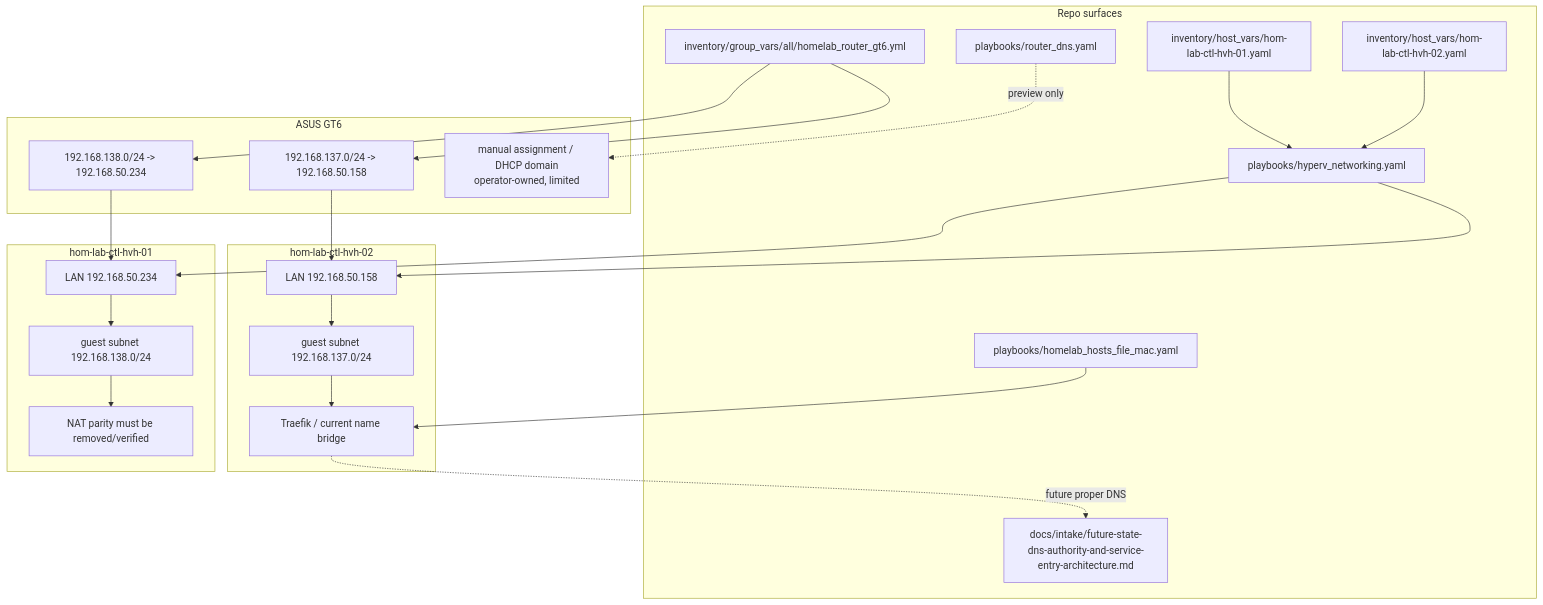
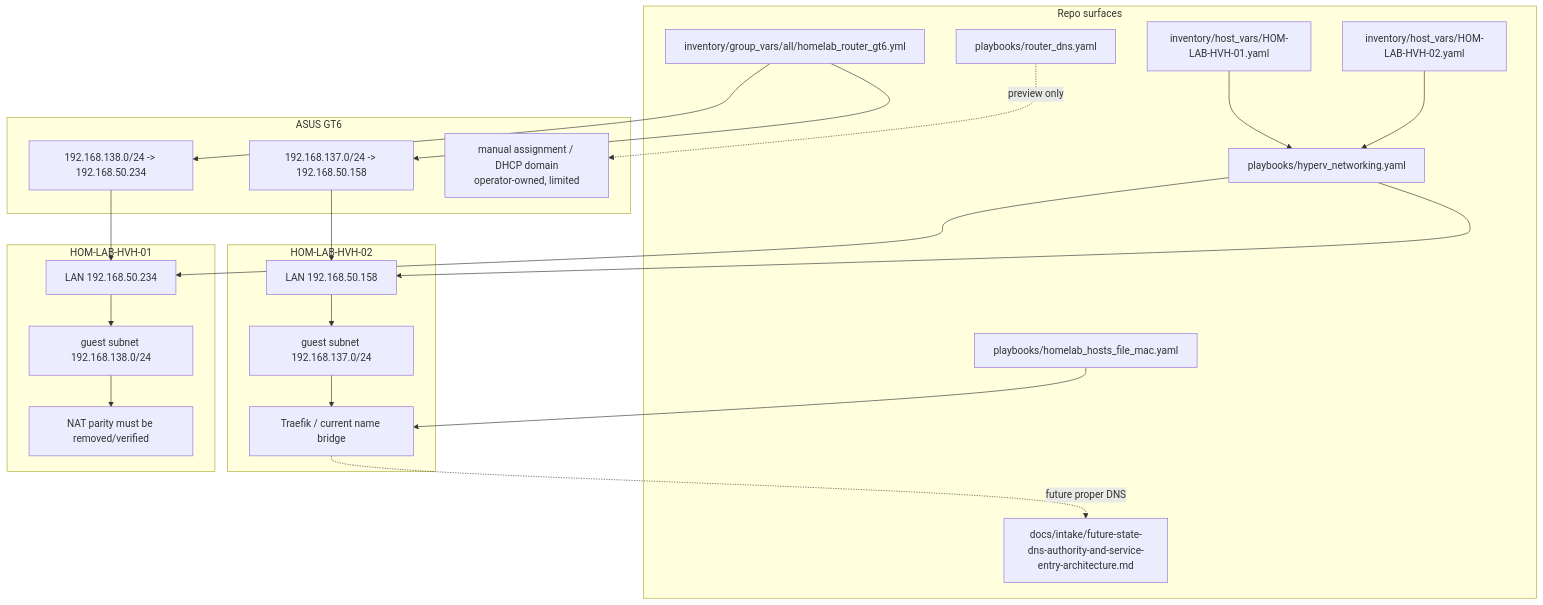
Before and after one commit to doesitscript/dotfile-vnext: the first of 3 diagrams in docs/plans/2026-05-28--hyperv-routed-subnet-convergence-and-traefik-name-bridge/README.md, drawn with Mermaid. The commit also changed other lines of this file and 271 other files, not shown here.

First line of the commit message:
Rename schema dropping middle ctl and update HOM-LAB-CTL-HVH-01

````diff
--- a/docs/plans/2026-05-28--hyperv-routed-subnet-convergence-and-traefik-name-bridge/README.md
+++ b/docs/plans/2026-05-28--hyperv-routed-subnet-convergence-and-traefik-name-bridge/README.md
@@ -131,44 +131,44 @@
 ```mermaid
 flowchart TB
   subgraph repo [Repo surfaces]
     gt6ssot["inventory/group_vars/all/homelab_router_gt6.yml"]
-    hvh01vars["inventory/host_vars/hom-lab-ctl-hvh-01.yaml"]
-    hvh02vars["inventory/host_vars/hom-lab-ctl-hvh-02.yaml"]
+    hvh01vars["inventory/host_vars/HOM-LAB-HVH-01.yaml"]
+    hvh02vars["inventory/host_vars/HOM-LAB-HVH-02.yaml"]
     hypervPlay["playbooks/hyperv_networking.yaml"]
     hostsPlay["playbooks/homelab_hosts_file_mac.yaml"]
     routerPlay["playbooks/router_dns.yaml"]
     futureIntake["docs/intake/future-state-dns-authority-and-service-entry-architecture.md"]
   end
 
   subgraph gt6 [ASUS GT6]
     route137["192.168.137.0/24 -> 192.168.50.158"]
     route138["192.168.138.0/24 -> 192.168.50.234"]
     dhcpRows["manual assignment / DHCP domain\noperator-owned, limited"]
   end
 
-  subgraph hvh02 [hom-lab-ctl-hvh-02]
+  subgraph hvh02 [HOM-LAB-HVH-02]
     hvh02lan["LAN 192.168.50.158"]
     hvh02sub["guest subnet 192.168.137.0/24"]
     traefik["Traefik / current name bridge"]
   end
 
-  subgraph hvh01 [hom-lab-ctl-hvh-01]
+  subgraph hvh01 [HOM-LAB-HVH-01]
     hvh01lan["LAN 192.168.50.234"]
     hvh01sub["guest subnet 192.168.138.0/24"]
     natState["NAT parity must be removed/verified"]
   end
 
   gt6ssot --> route137
   gt6ssot --> route138
   hvh01vars --> hypervPlay
   hvh02vars --> hypervPlay
   hypervPlay --> hvh01lan
   hypervPlay --> hvh02lan
   hostsPlay --> traefik
   routerPlay -.preview only.-> dhcpRows
   route137 --> hvh02lan --> hvh02sub
   route138 --> hvh01lan --> hvh01sub
   hvh02sub --> traefik
   hvh01sub --> natState
   traefik -.future proper DNS.-> futureIntake
 ```
````
